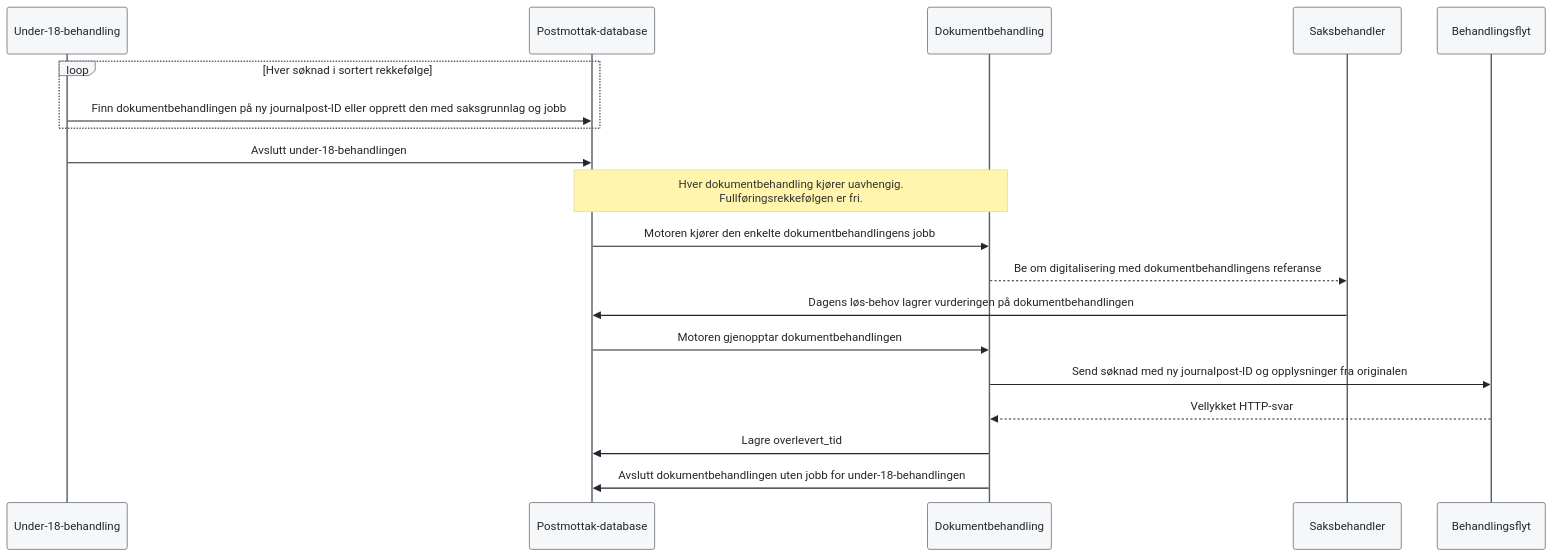
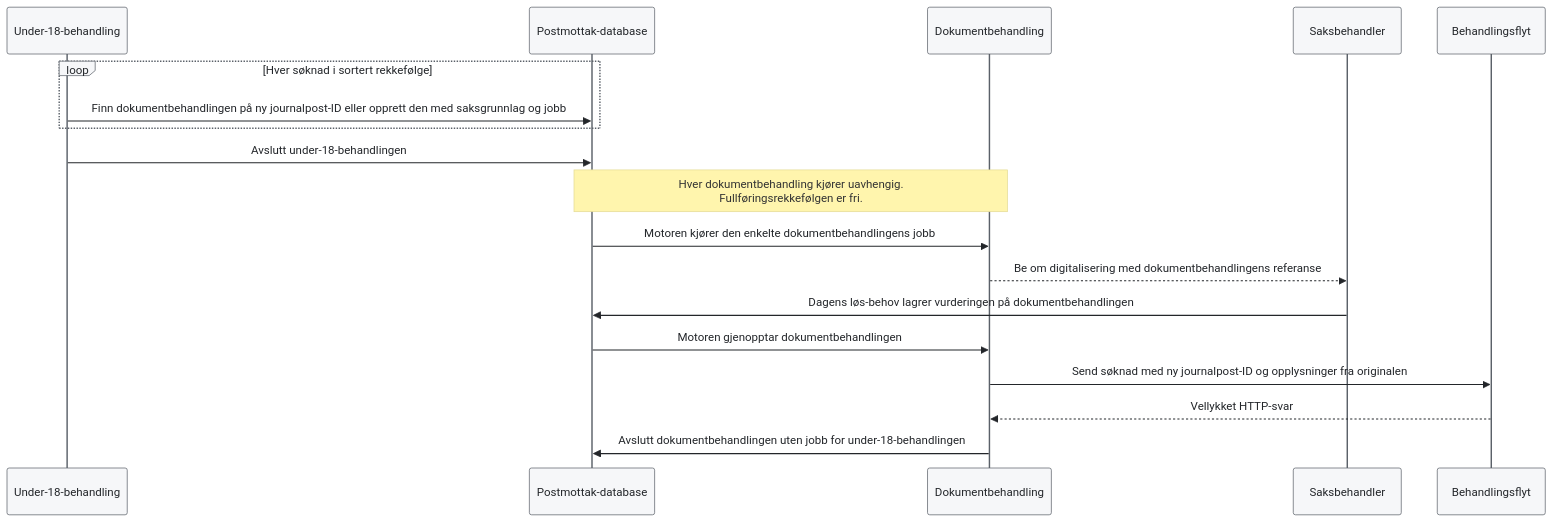
The fifth of 6 diagrams in under-18-flyt.md (navikt/aap-postmottak-backend), drawn with Mermaid before and after one commit. The commit also changed other lines of this file and 7 other files, not shown here.

````diff
--- a/under-18-flyt.md
+++ b/under-18-flyt.md
@@ -423,22 +421,21 @@
 ```mermaid
 %%{init: {"theme":"base","themeVariables":{"primaryColor":"#F6F7F9","primaryTextColor":"#23262A","primaryBorderColor":"#5B6169","lineColor":"#5B6169","secondaryColor":"#FBEDED","tertiaryColor":"#F6F7F9","background":"#FFFFFF"}}}%%
 sequenceDiagram
     participant F as Under-18-behandling
     participant DB as Postmottak-database
     participant B as Dokumentbehandling
     participant S as Saksbehandler
     participant K as Behandlingsflyt
     loop Hver søknad i sortert rekkefølge
         F->>DB: Finn dokumentbehandlingen på ny journalpost-ID eller opprett den med saksgrunnlag og jobb
     end
     F->>DB: Avslutt under-18-behandlingen
     Note over DB,B: Hver dokumentbehandling kjører uavhengig.<br/>Fullføringsrekkefølgen er fri.
     DB->>B: Motoren kjører den enkelte dokumentbehandlingens jobb
     B-->>S: Be om digitalisering med dokumentbehandlingens referanse
     S->>DB: Dagens løs-behov lagrer vurderingen på dokumentbehandlingen
     DB->>B: Motoren gjenopptar dokumentbehandlingen
     B->>K: Send søknad med ny journalpost-ID og opplysninger fra originalen
     K-->>B: Vellykket HTTP-svar
-    B->>DB: Lagre overlevert_tid
     B->>DB: Avslutt dokumentbehandlingen uten jobb for under-18-behandlingen
 ```
````
